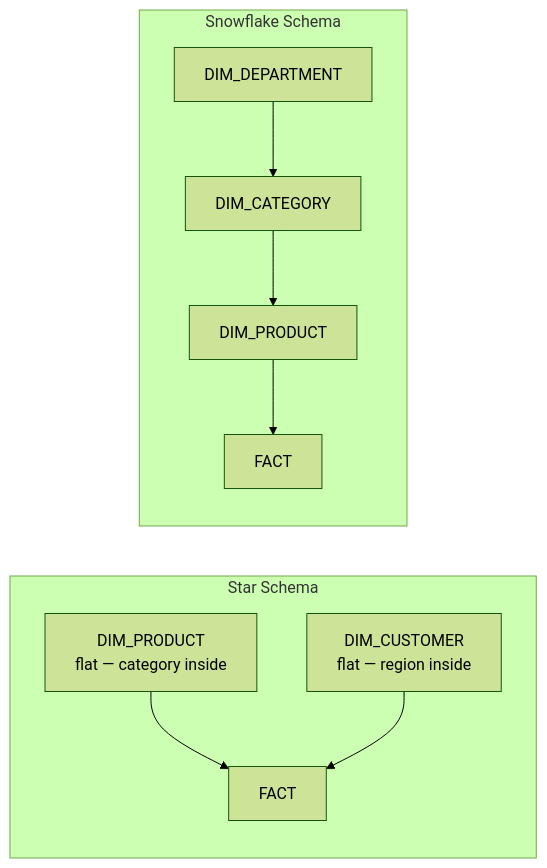
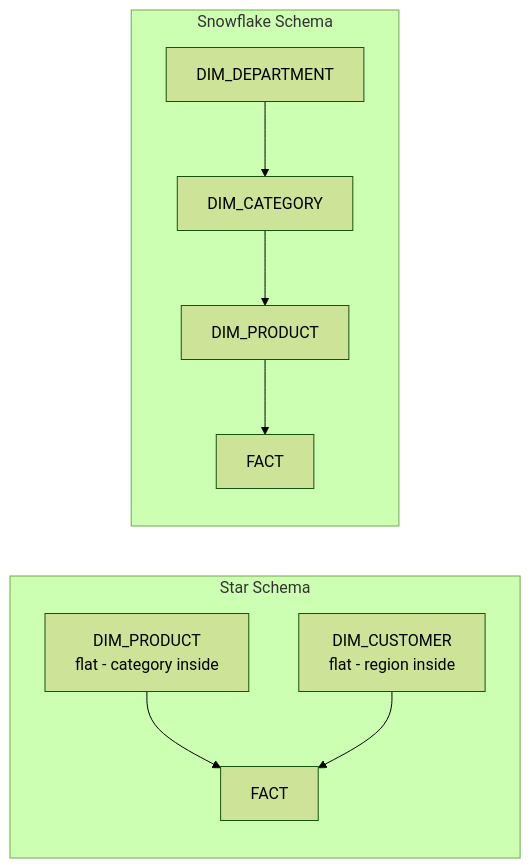
Before and after one commit to adnanrahin/adnanrahin.github.io: diagram 16 of 23 in data-architecture/data-warehouse.md, drawn with Mermaid (forest theme). The commit also changed other lines of this file and 14 other files, not shown here.

Commit message:
updated the flowchart

````diff
--- a/data-architecture/data-warehouse.md
+++ b/data-architecture/data-warehouse.md
@@ -716,20 +716,20 @@
 ```mermaid
 flowchart LR
     subgraph STAR["Star Schema"]
         direction TD
         S_FACT["FACT"]
-        S_D1["DIM_PRODUCT<br/>flat — category inside"]
-        S_D2["DIM_CUSTOMER<br/>flat — region inside"]
+        S_D1["DIM_PRODUCT<br/>flat - category inside"]
+        S_D2["DIM_CUSTOMER<br/>flat - region inside"]
         S_D1 --> S_FACT
         S_D2 --> S_FACT
     end
 
     subgraph SNOW["Snowflake Schema"]
         direction TD
         N_FACT["FACT"]
         N_D1["DIM_PRODUCT"]
         N_D2["DIM_CATEGORY"]
         N_D3["DIM_DEPARTMENT"]
         N_D3 --> N_D2 --> N_D1 --> N_FACT
     end
 ```
````
